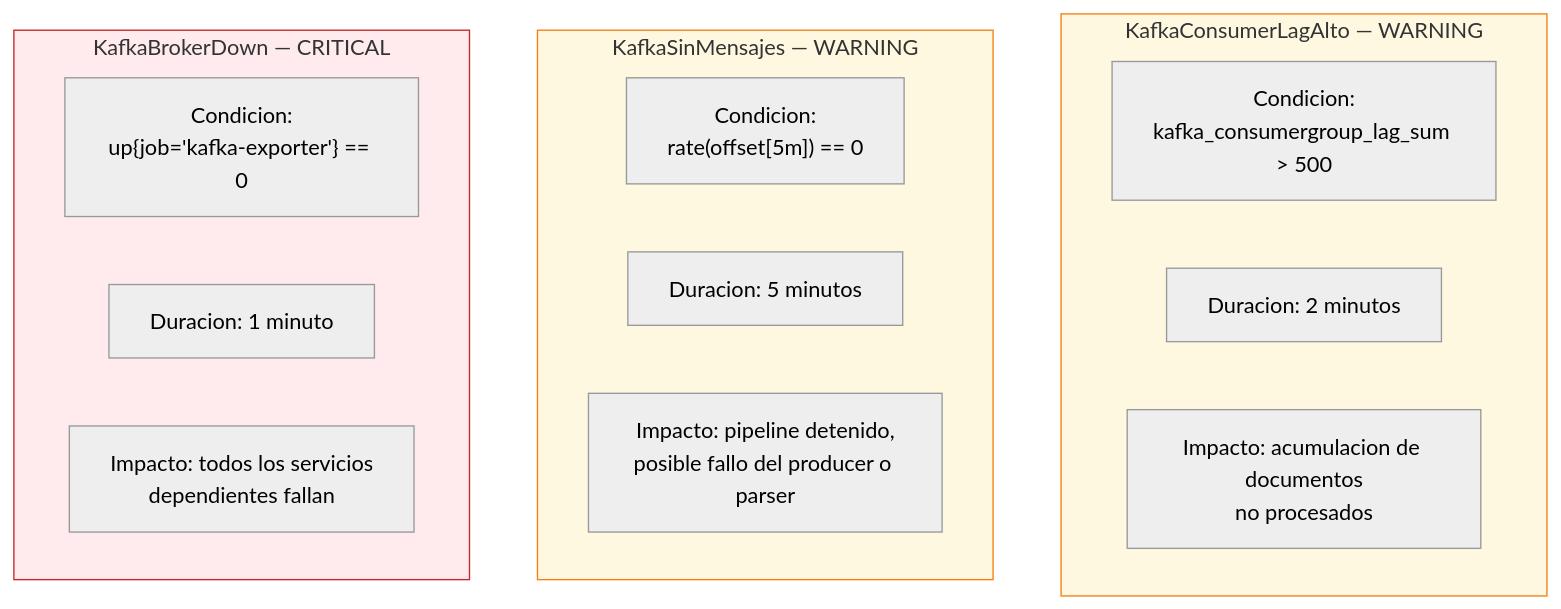
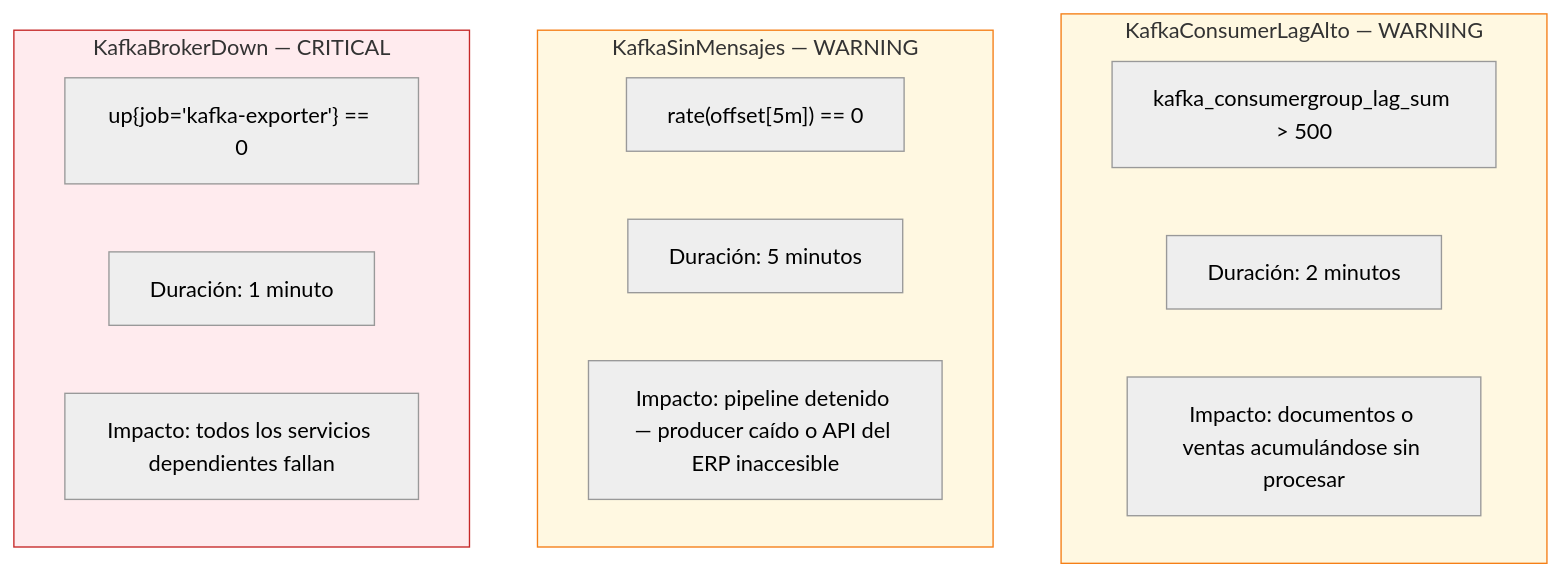
One commit to AlessandroPastor/BigData changed the diagram in docs/observabilidad/alertas.md. Above: the diagram before and after it, drawn with Mermaid (neutral theme). The commit also changed other lines of this file and 28 other files, not shown here.

````diff
--- a/docs/observabilidad/alertas.md
+++ b/docs/observabilidad/alertas.md
@@ -47,24 +43,24 @@
 ```mermaid
 graph TD
     subgraph A1["KafkaConsumerLagAlto — WARNING"]
-        C1["Condicion:\nkafka_consumergroup_lag_sum > 500"]
-        D1["Duracion: 2 minutos"]
-        I1["Impacto: acumulacion de documentos\nno procesados"]
+        C1["kafka_consumergroup_lag_sum > 500"]
+        D1["Duración: 2 minutos"]
+        I1["Impacto: documentos o ventas acumulándose sin procesar"]
     end
 
     subgraph A2["KafkaSinMensajes — WARNING"]
-        C2["Condicion:\nrate(offset[5m]) == 0"]
-        D2["Duracion: 5 minutos"]
-        I2["Impacto: pipeline detenido,\nposible fallo del producer o parser"]
+        C2["rate(offset[5m]) == 0"]
+        D2["Duración: 5 minutos"]
+        I2["Impacto: pipeline detenido — producer caído o API del ERP inaccesible"]
     end
 
     subgraph A3["KafkaBrokerDown — CRITICAL"]
-        C3["Condicion:\nup{job='kafka-exporter'} == 0"]
-        D3["Duracion: 1 minuto"]
-        I3["Impacto: todos los servicios\ndependientes fallan"]
+        C3["up{job='kafka-exporter'} == 0"]
+        D3["Duración: 1 minuto"]
+        I3["Impacto: todos los servicios dependientes fallan"]
     end
 
     style A1 fill:#FFF8E1,stroke:#F57F17
     style A2 fill:#FFF8E1,stroke:#F57F17
     style A3 fill:#FFEBEE,stroke:#C62828
 ```
````
